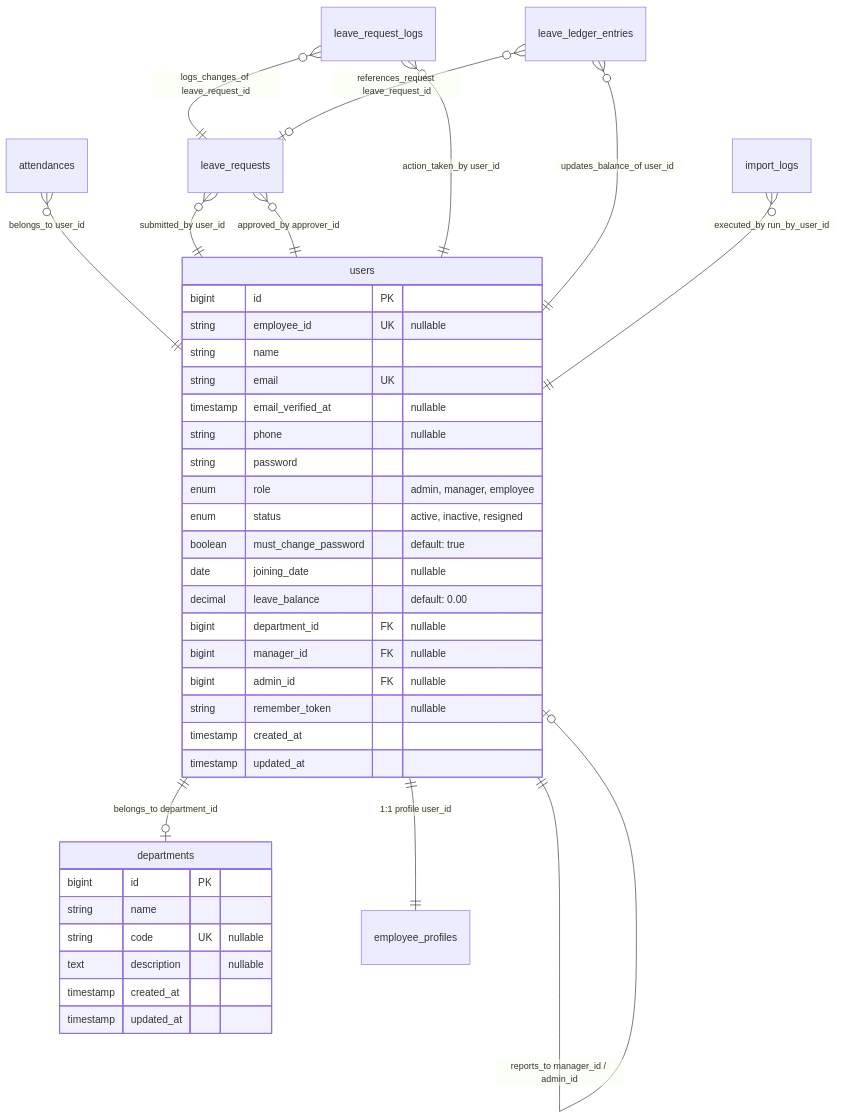
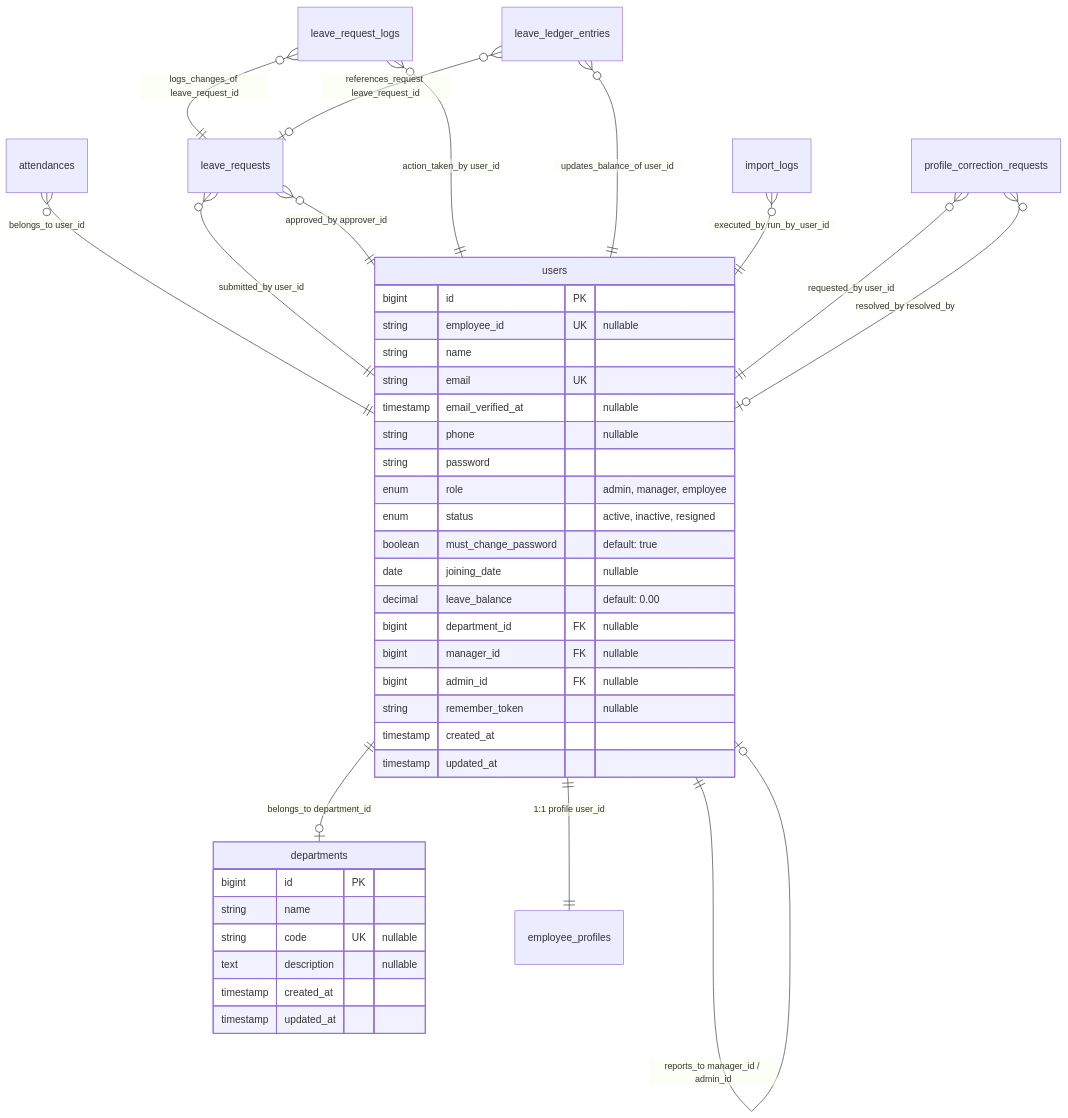
Before and after one commit to Joshua-Sarkar/Attendance-Management-System-V1: the diagram in docs/DATABASE_MAP.md, drawn with Mermaid. The commit also changed other lines of this file and 4 other files, not shown here.

Commit message:
docs(corrections): reconcile profile correction workflow and notification architecture

````diff
--- a/docs/DATABASE_MAP.md
+++ b/docs/DATABASE_MAP.md
@@ -9,44 +9,46 @@
 ```mermaid
 erDiagram
     users {
         bigint id PK
         string employee_id UK "nullable"
         string name
         string email UK
         timestamp email_verified_at "nullable"
         string phone "nullable"
         string password
         enum role "admin, manager, employee"
         enum status "active, inactive, resigned"
         boolean must_change_password "default: true"
         date joining_date "nullable"
         decimal leave_balance "default: 0.00"
         bigint department_id FK "nullable"
         bigint manager_id FK "nullable"
         bigint admin_id FK "nullable"
         string remember_token "nullable"
         timestamp created_at
         timestamp updated_at
     }
 
     departments {
         bigint id PK
         string name
         string code UK "nullable"
         text description "nullable"
         timestamp created_at
         timestamp updated_at
     }
 
     users ||--o| users : "reports_to manager_id / admin_id"
     users ||--o| departments : "belongs_to department_id"
     users ||--|| employee_profiles : "1:1 profile user_id"
     attendances }o--|| users : "belongs_to user_id"
     leave_requests }o--|| users : "submitted_by user_id"
     leave_requests }o--|| users : "approved_by approver_id"
     leave_request_logs }o--|| leave_requests : "logs_changes_of leave_request_id"
     leave_request_logs }o--|| users : "action_taken_by user_id"
     leave_ledger_entries }o--|| users : "updates_balance_of user_id"
     leave_ledger_entries }o--o| leave_requests : "references_request leave_request_id"
     import_logs }o--|| users : "executed_by run_by_user_id"
+    profile_correction_requests }o--|| users : "requested_by user_id"
+    profile_correction_requests }o--o| users : "resolved_by resolved_by"
 ```
````
